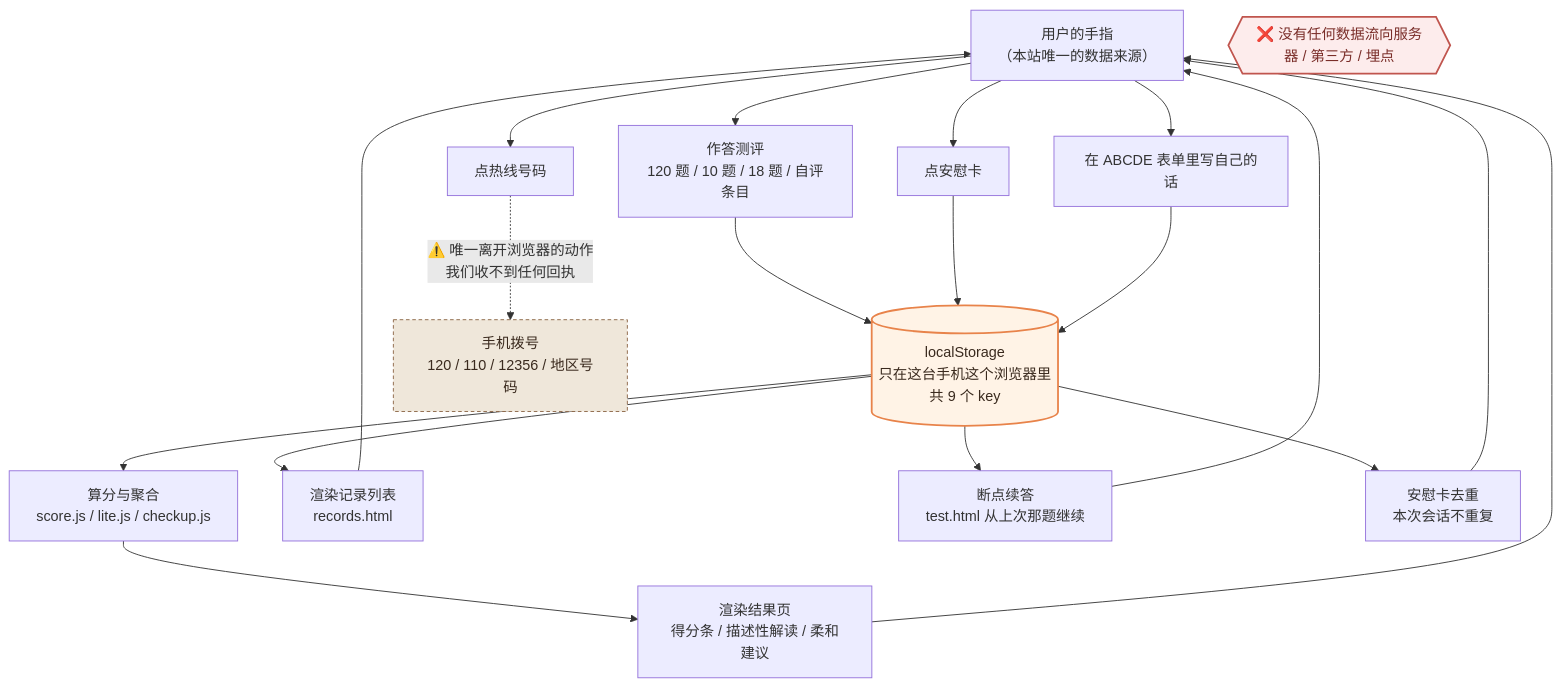
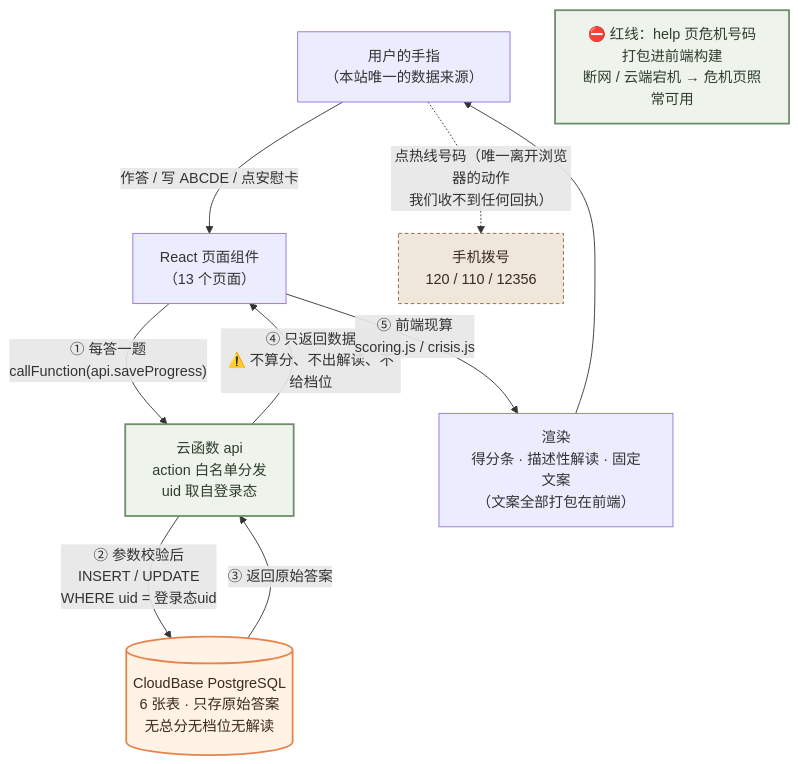
One commit to XingHo-VibeCoding/PsyIsle changed the diagram in TECH_DESIGN.md. Above: the diagram before and after it, drawn with Mermaid. The commit also changed other lines of this file and 2 other files, not shown here.

````diff
--- a/TECH_DESIGN.md
+++ b/TECH_DESIGN.md
@@ -214,37 +235,25 @@
 ```mermaid
 flowchart TD
     U["用户的手指<br/>（本站唯一的数据来源）"]
 
-    U --> A1["作答测评<br/>120 题 / 10 题 / 18 题 / 自评条目"]
-    U --> A2["点安慰卡"]
-    U --> A3["在 ABCDE 表单里写自己的话"]
-    U --> A4["点热线号码"]
+    U -->|"作答 / 写 ABCDE / 点安慰卡"| FE["React 页面组件<br/>（13 个页面）"]
 
-    A1 --> LS
-    A2 --> LS
-    A3 --> LS
+    FE -->|"① 每答一题<br/>callFunction(api.saveProgress)"| API["云函数 api<br/>action 白名单分发<br/>uid 取自登录态"]
+    API -->|"② 参数校验后<br/>INSERT / UPDATE<br/>WHERE uid = 登录态uid"| PG[("CloudBase PostgreSQL<br/>6 张表 · 只存原始答案<br/>无总分无档位无解读")]
+    PG -->|"③ 返回原始答案"| API
+    API -->|"④ 只返回数据<br/>⚠️ 不算分、不出解读、不给档位"| FE
 
-    LS[("localStorage<br/>只在这台手机这个浏览器里<br/>共 9 个 key")]
+    FE -->|"⑤ 前端现算<br/>scoring.js / crisis.js"| R["渲染<br/>得分条 · 描述性解读 · 固定文案<br/>（文案全部打包在前端）"]
+    R --> U
 
-    LS --> R1["算分与聚合<br/>score.js / lite.js / checkup.js"]
-    R1 --> V1["渲染结果页<br/>得分条 / 描述性解读 / 柔和建议"]
-    LS --> V2["渲染记录列表<br/>records.html"]
-    LS --> V3["断点续答<br/>test.html 从上次那题继续"]
-    LS --> V4["安慰卡去重<br/>本次会话不重复"]
+    U -.->|"点热线号码（唯一离开浏览器的动作<br/>我们收不到任何回执）"| PHONE["手机拨号<br/>120 / 110 / 12356"]
 
-    V1 --> U
-    V2 --> U
-    V3 --> U
-    V4 --> U
-
-    A4 -.->|"⚠️ 唯一离开浏览器的动作<br/>我们收不到任何回执"| PHONE["手机拨号<br/>120 / 110 / 12356 / 地区号码"]
-
-    NET{{"❌ 没有任何数据流向服务器 / 第三方 / 埋点"}}
+    STATIC["⛔ 红线：help 页危机号码打包进前端构建<br/>断网 / 云端宕机 → 危机页照常可用"]
 
     classDef store fill:#FFF3E6,stroke:#E8834A,stroke-width:2px,color:#3A2A1E
+    classDef core fill:#EEF4EC,stroke:#6E8F6B,stroke-width:2px,color:#2E3D2C
     classDef out fill:#EFE7DA,stroke:#8A6242,stroke-dasharray:4 3,color:#3A2A1E
-    classDef no fill:#FDECEC,stroke:#C0554E,stroke-width:2px,color:#7A2E29
-    class LS store
+    class PG store
+    class API,STATIC core
     class PHONE out
-    class NET no
 ```
````
